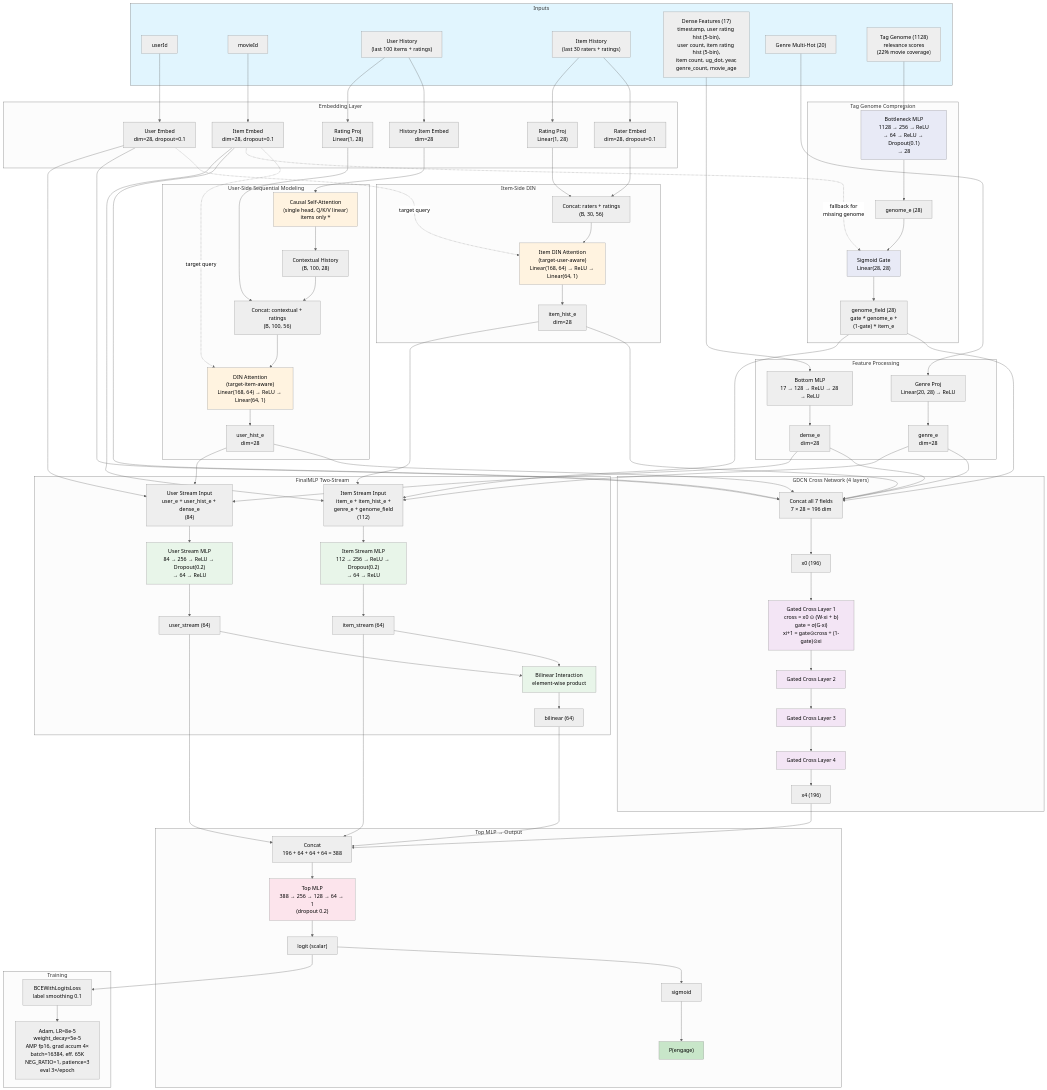
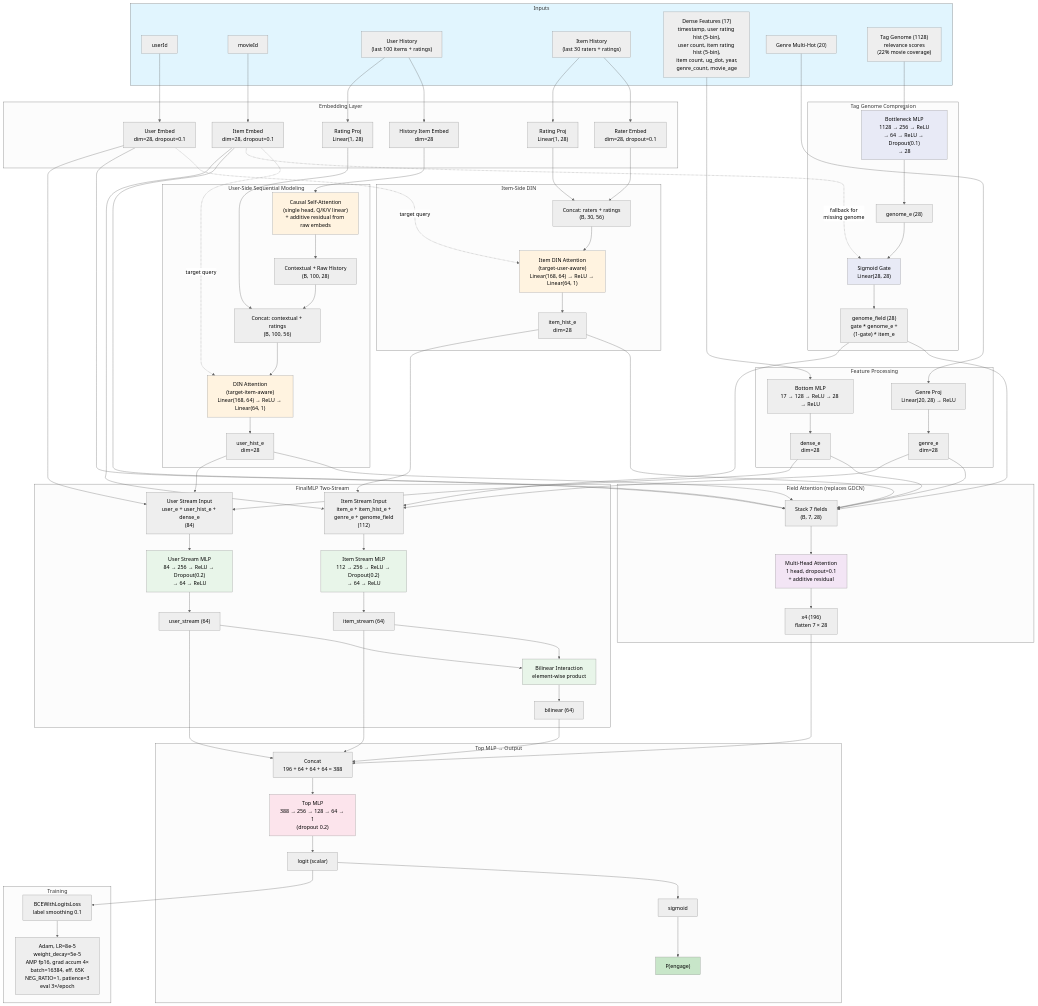
One commit to thuningxu/movielens changed the diagram in README.md. Above: the diagram before and after it, drawn with Mermaid (neutral theme). The commit also changed other lines of this file and 2 other files, not shown here.

Commit message:
Update all docs: 0.821 single model, 0.824 ensemble, ~460 experiments
README.md:
- Architecture diagram updated: field attention replaces GDCN, history residual
- Added ensemble section with top members and correlation analysis

CLAUDE.md:
- Updated architecture description, AUC numbers, experiment count
- Added 3 new learnings: field attention, diverse ensemble, 10-trial sweeps

program.md:
- Added apr04 experiment log (~200 experiments)
- Full ensemble results table (22 models, multiple combination methods)
- Comprehensive list of discarded ideas with results
- 6 new key learnings (#24-29)

```diff
--- a/README.md
+++ b/README.md
@@ -26,8 +28,8 @@
     end
 
     subgraph "User-Side Sequential Modeling"
-        HIST_E --> CAUSAL["Causal Self-Attention<br/>(single head, Q/K/V linear)<br/>items only *"]
-        CAUSAL --> CONTEXTUAL["Contextual History<br/>(B, 100, 28)"]
+        HIST_E --> CAUSAL["Causal Self-Attention<br/>(single head, Q/K/V linear)<br/>+ additive residual from raw embeds"]
+        CAUSAL --> CONTEXTUAL["Contextual + Raw History<br/>(B, 100, 28)"]
         CONTEXTUAL --> DIN_CAT["Concat: contextual + ratings<br/>(B, 100, 56)"]
         HIST_RAT --> DIN_CAT
         DIN_CAT --> DIN["DIN Attention<br/>(target-item-aware)<br/>Linear(168, 64) → ReLU → Linear(64, 1)"]
@@ -58,20 +60,16 @@
         GATE --> GENOME_FIELD["genome_field (28)<br/>gate * genome_e +<br/>(1-gate) * item_e"]
     end
 
-    subgraph "GDCN Cross Network (4 layers)"
-        USER_E --> CONCAT["Concat all 7 fields<br/>7 × 28 = 196 dim"]
-        ITEM_E --> CONCAT
-        USER_HIST_E --> CONCAT
-        ITEM_HIST_E --> CONCAT
-        DENSE_E --> CONCAT
-        GENRE_E --> CONCAT
-        GENOME_FIELD --> CONCAT
-        CONCAT --> X0["x0 (196)"]
-        X0 --> GCL1["Gated Cross Layer 1<br/>cross = x0 ⊙ (W·xi + b)<br/>gate = σ(G·xi)<br/>xi+1 = gate⊙cross + (1-gate)⊙xi"]
-        GCL1 --> GCL2["Gated Cross Layer 2"]
-        GCL2 --> GCL3["Gated Cross Layer 3"]
-        GCL3 --> GCL4["Gated Cross Layer 4"]
-        GCL4 --> X4["x4 (196)"]
+    subgraph "Field Attention (replaces GDCN)"
+        USER_E --> STACK["Stack 7 fields<br/>(B, 7, 28)"]
+        ITEM_E --> STACK
+        USER_HIST_E --> STACK
+        ITEM_HIST_E --> STACK
+        DENSE_E --> STACK
+        GENRE_E --> STACK
+        GENOME_FIELD --> STACK
+        STACK --> FATTN["Multi-Head Attention<br/>1 head, dropout=0.1<br/>+ additive residual"]
+        FATTN --> X4["x4 (196)<br/>flatten 7 × 28"]
     end
 
     subgraph "FinalMLP Two-Stream"
@@ -115,10 +113,7 @@
     style IDIN fill:#fff3e0
     style GENOME_PROJ fill:#e8eaf6
     style GATE fill:#e8eaf6
-    style GCL1 fill:#f3e5f5
-    style GCL2 fill:#f3e5f5
-    style GCL3 fill:#f3e5f5
-    style GCL4 fill:#f3e5f5
+    style FATTN fill:#f3e5f5
     style US fill:#e8f5e9
     style IS fill:#e8f5e9
     style BILINEAR fill:#e8f5e9
```
